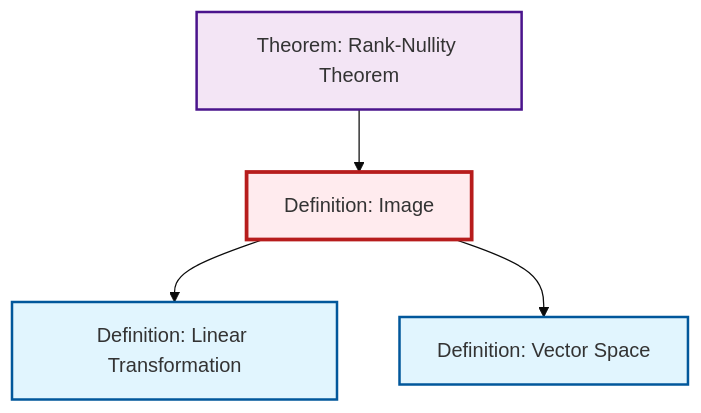
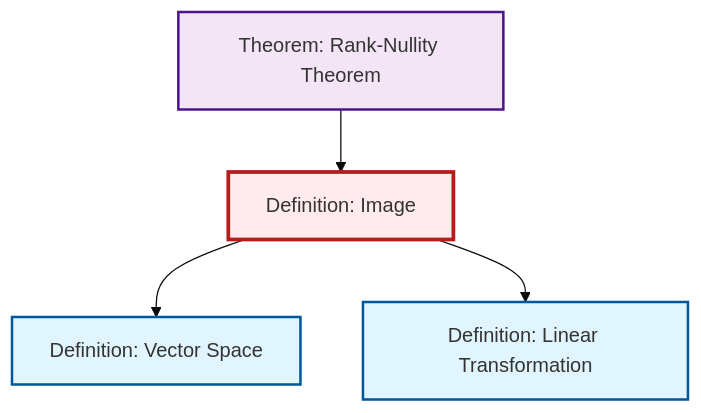
Before and after one commit to RK0429/ModernMath: the diagram in content/en/algebra/def-image.qmd, drawn with Mermaid (base theme). The commit also changed other lines of this file and 417 other files, not shown here.

````diff
--- a/content/en/algebra/def-image.qmd
+++ b/content/en/algebra/def-image.qmd
@@ -51,20 +51,20 @@
 ```{mermaid}
 %%| fig-cap: "Local dependency graph"
 graph TD
     classDef definition fill:#e1f5fe,stroke:#01579b,stroke-width:2px
     classDef theorem fill:#f3e5f5,stroke:#4a148c,stroke-width:2px
     classDef axiom fill:#fff3e0,stroke:#e65100,stroke-width:2px
     classDef example fill:#e8f5e9,stroke:#1b5e20,stroke-width:2px
     classDef current fill:#ffebee,stroke:#b71c1c,stroke-width:3px
-    thm-rank-nullity["Theorem: Rank-Nullity Theorem"]:::theorem
+    def-image["Definition: Image"]:::definition
     def-vector-space["Definition: Vector Space"]:::definition
     def-linear-transformation["Definition: Linear Transformation"]:::definition
-    def-image["Definition: Image"]:::definition
+    thm-rank-nullity["Theorem: Rank-Nullity Theorem"]:::theorem
+    def-image --> def-vector-space
+    thm-rank-nullity --> def-image
     def-image --> def-linear-transformation
-    thm-rank-nullity --> def-image
-    def-image --> def-vector-space
     class def-image current
-    click thm-rank-nullity "thm-rank-nullity.html" "Go to Rank-Nullity Theorem theorem"
     click def-vector-space "def-vector-space.html" "Go to Vector Space definition"
     click def-linear-transformation "def-linear-transformation.html" "Go to Linear Transformation definition"
+    click thm-rank-nullity "thm-rank-nullity.html" "Go to Rank-Nullity Theorem theorem"
 ```
````
